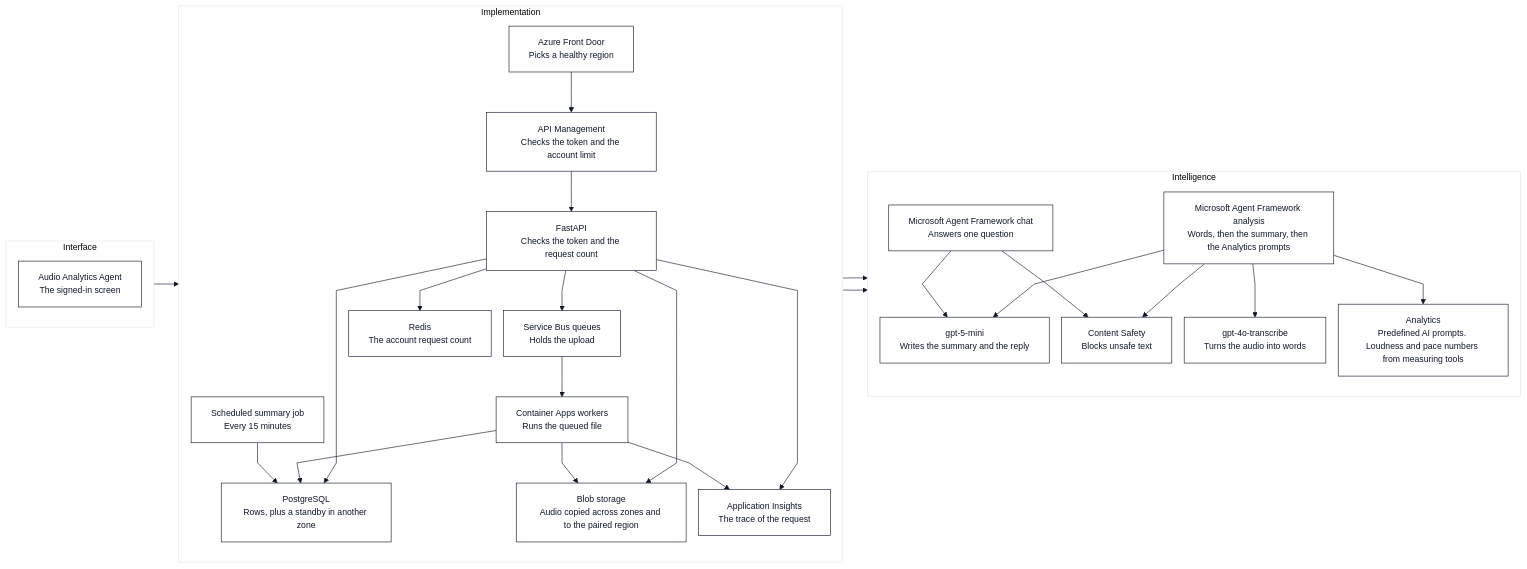
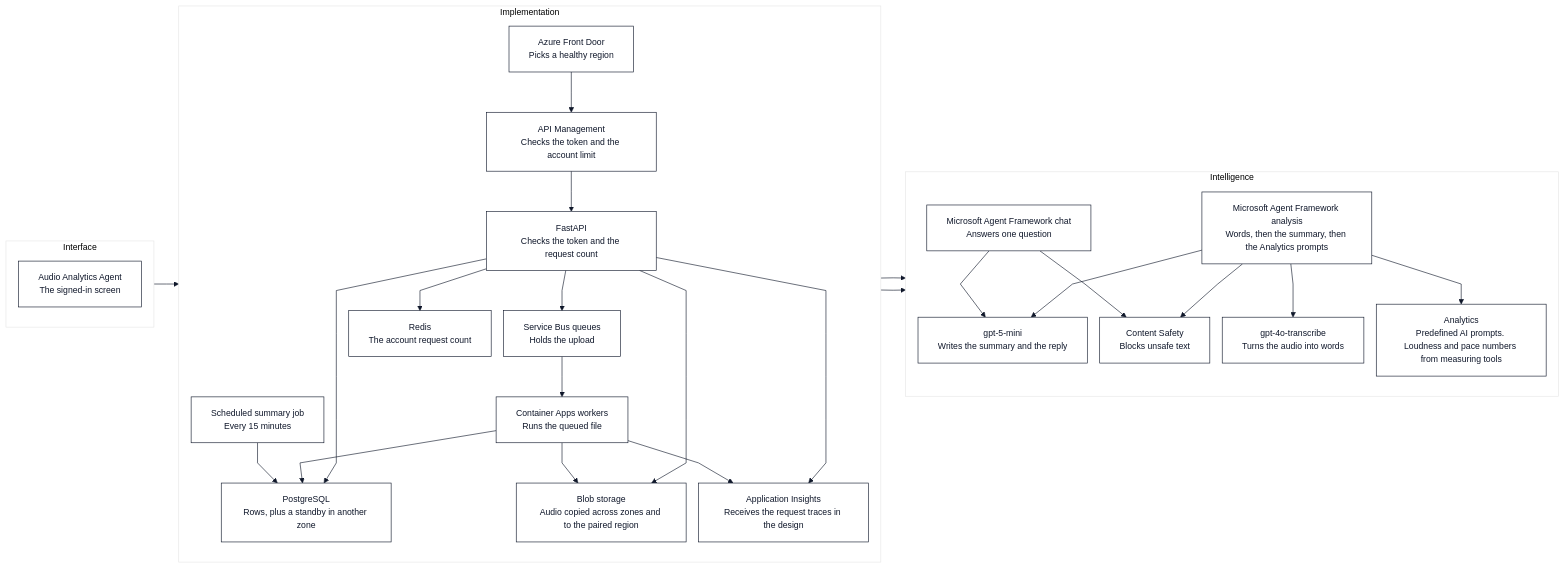
Before and after one commit to highprincezero/wn-voice-analytics: the first of 5 diagrams in docs/architecture.md, drawn with Mermaid. The commit also changed other lines of this file and 18 other files, not shown here.

````diff
--- a/docs/architecture.md
+++ b/docs/architecture.md
@@ -23,66 +23,66 @@
 ```mermaid
 %%{init: {"theme": "base", "themeVariables": {"fontFamily": "monospace", "fontSize": "14px", "primaryColor": "#ffffff", "primaryTextColor": "#0f172a", "primaryBorderColor": "#0f172a", "lineColor": "#0f172a", "background": "#ffffff"}, "flowchart": {"curve": "linear", "padding": 16, "nodeSpacing": 20, "rankSpacing": 40, "htmlLabels": false, "wrappingWidth": 210, "useMaxWidth": false}}}%%
 flowchart LR
   subgraph interfaceLayer ["Interface"]
     direction TB
     UI["Audio Analytics Agent
 The signed-in screen"]
   end
   subgraph implementationLayer ["Implementation"]
     direction TB
     FD["Azure Front Door
 Picks a healthy region"]
     APIM["API Management
 Checks the token and the account limit"]
     API["FastAPI
 Checks the token and the request count"]
     SB["Service Bus queues
 Holds the upload"]
     WK["Container Apps workers
 Runs the queued file"]
     JOB["Scheduled summary job
 Every 15 minutes"]
     PG["PostgreSQL
 Rows, plus a standby in another zone"]
     BLOB["Blob storage
 Audio copied across zones and to the paired region"]
     CACHE["Redis
 The account request count"]
     OBS["Application Insights
-The trace of the request"]
+Receives the request traces in the design"]
     FD --> APIM --> API
     API --> SB --> WK
     API --> CACHE
     API --> PG
     API --> BLOB
     API --> OBS
     WK --> PG
     WK --> BLOB
     WK --> OBS
     JOB --> PG
   end
   subgraph intelligenceLayer ["Intelligence"]
     direction TB
     CHAT["Microsoft Agent Framework chat
 Answers one question"]
     LG["Microsoft Agent Framework analysis
 Words, then the summary, then the Analytics prompts"]
     STT["gpt-4o-transcribe
 Turns the audio into words"]
     LLM["gpt-5-mini
 Writes the summary and the reply"]
     CS["Content Safety
 Blocks unsafe text"]
     FEAT["Analytics
 Predefined AI prompts. Loudness and pace numbers from measuring tools"]
     CHAT --> LLM
     CHAT --> CS
     LG --> STT
     LG --> LLM
     LG --> CS
     LG --> FEAT
   end
   UI --> FD
   API --> CHAT
   WK --> LG
 ```
````
